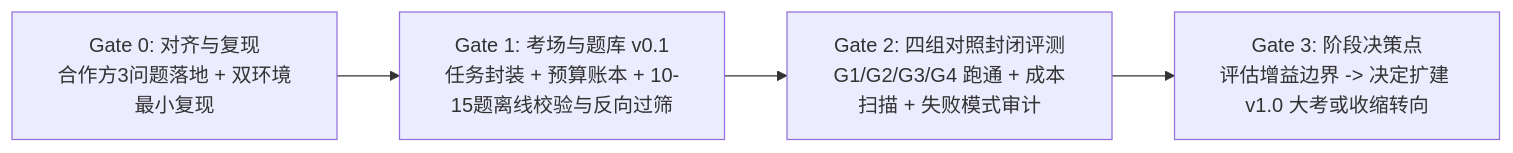
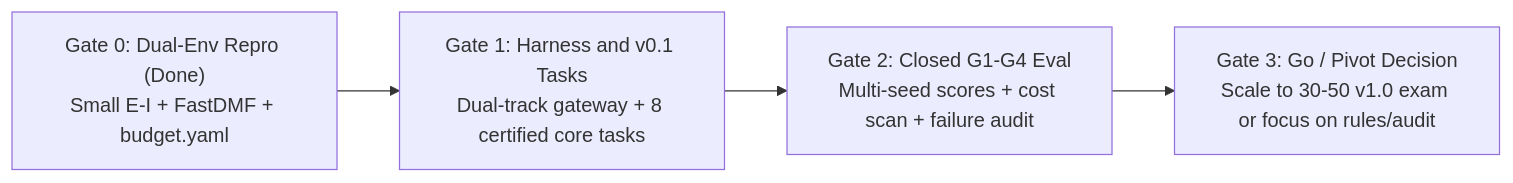
One commit to wsuli615/NeuroDyn-Bench changed the diagram in docs/v0_task_blueprint.md. Above: the diagram before and after it, drawn with Mermaid. The commit also changed other lines of this file and 12 other files, not shown here.

````diff
--- a/docs/v0_task_blueprint.md
+++ b/docs/v0_task_blueprint.md
@@ -48,6 +42,6 @@
 ```mermaid
 flowchart LR
-    g0["Gate 0: 对齐与复现<br/>合作方3问题落地 + 双环境最小复现"] --> g1["Gate 1: 考场与题库 v0.1<br/>任务封装 + 预算账本 + 10-15题离线校验与反向过筛"]
-    g1 --> g2["Gate 2: 四组对照封闭评测<br/>G1/G2/G3/G4 跑通 + 成本扫描 + 失败模式审计"]
-    g2 --> g3["Gate 3: 阶段决策点<br/>评估增益边界 -> 决定扩建 v1.0 大考或收缩转向"]
+    g0["Gate 0: Dual-Env Repro (Done)<br/>Small E-I + FastDMF + budget.yaml"] --> g1["Gate 1: Harness and v0.1 Tasks<br/>Dual-track gateway + 8 certified core tasks"]
+    g1 --> g2["Gate 2: Closed G1-G4 Eval<br/>Multi-seed scores + cost scan + failure audit"]
+    g2 --> g3["Gate 3: Go / Pivot Decision<br/>Scale to 30-50 v1.0 exam or focus on rules/audit"]
 ```
````
